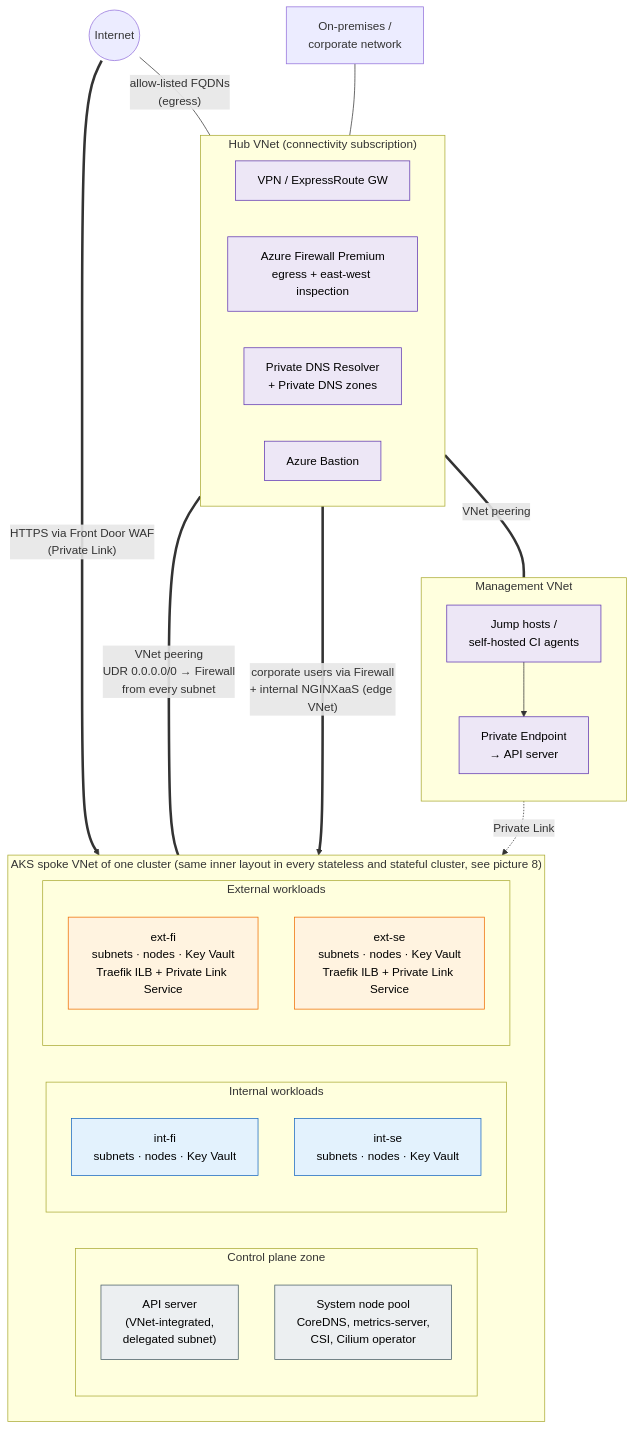
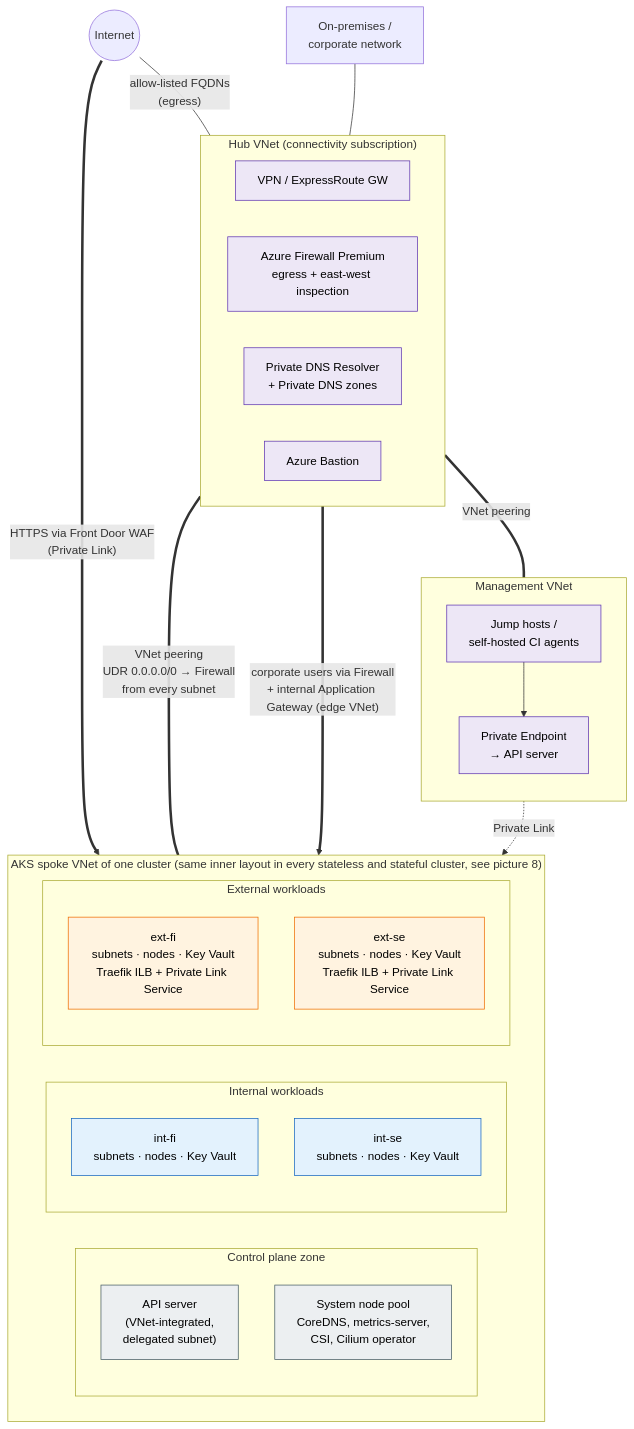
The diagram in diagrams/01-overview.mmd (olljanat-ai/aks-design), drawn with Mermaid before and after one commit. The commit also changed 18 other files, not shown here.

First line of the commit message:
Internal zones active-passive behind Application Gateway, remove NGINXaaS

```diff
--- a/diagrams/01-overview.mmd
+++ b/diagrams/01-overview.mmd
@@ -1,54 +1,54 @@
 %% High-level landing zone: hub, management network and the AKS spoke with isolation zones
 flowchart TB
     internet(("Internet"))
     onprem["On-premises /<br/>corporate network"]
 
     subgraph HUB["Hub VNet (connectivity subscription)"]
         direction LR
         gw["VPN / ExpressRoute GW"]
         fw["Azure Firewall Premium<br/>egress + east-west inspection"]
         dns["Private DNS Resolver<br/>+ Private DNS zones"]
         bastion["Azure Bastion"]
     end
 
     subgraph MGMT["Management VNet"]
         direction TB
         jump["Jump hosts /<br/>self-hosted CI agents"]
         pe_api["Private Endpoint<br/>→ API server"]
     end
 
     subgraph SPOKE["AKS spoke VNet of one cluster (same inner layout in every stateless and stateful cluster, see picture 8)"]
         direction LR
         subgraph CP["Control plane zone"]
             direction TB
             api["API server<br/>(VNet-integrated,<br/>delegated subnet)"]
             sys["System node pool<br/>CoreDNS, metrics-server,<br/>CSI, Cilium operator"]
         end
         subgraph INT["Internal workloads"]
             direction TB
             intfi["int-fi<br/>subnets · nodes · Key Vault"]
             intse["int-se<br/>subnets · nodes · Key Vault"]
         end
         subgraph EXT["External workloads"]
             direction TB
             extfi["ext-fi<br/>subnets · nodes · Key Vault<br/>Traefik ILB + Private Link Service"]
             extse["ext-se<br/>subnets · nodes · Key Vault<br/>Traefik ILB + Private Link Service"]
         end
     end
 
     onprem --- gw
     internet ---|"allow-listed FQDNs<br/>(egress)"| fw
     HUB ===|"VNet peering"| MGMT
     HUB ===|"VNet peering<br/>UDR 0.0.0.0/0 → Firewall<br/>from every subnet"| SPOKE
     jump --> pe_api -.->|"Private Link"| api
     internet ==>|"HTTPS via Front Door WAF<br/>(Private Link)"| EXT
-    fw ==>|"corporate users via Firewall<br/>+ internal NGINXaaS (edge VNet)"| INT
+    fw ==>|"corporate users via Firewall<br/>+ internal Application Gateway (edge VNet)"| INT
 
     classDef hub fill:#ede7f6,stroke:#5e35b1,color:#000
     classDef cp fill:#eceff1,stroke:#455a64,color:#000
     classDef int fill:#e3f2fd,stroke:#1565c0,color:#000
     classDef ext fill:#fff3e0,stroke:#ef6c00,color:#000
     class fw,dns,gw,bastion,jump,pe_api hub
     class api,sys cp
     class intfi,intse int
     class extfi,extse ext
```
